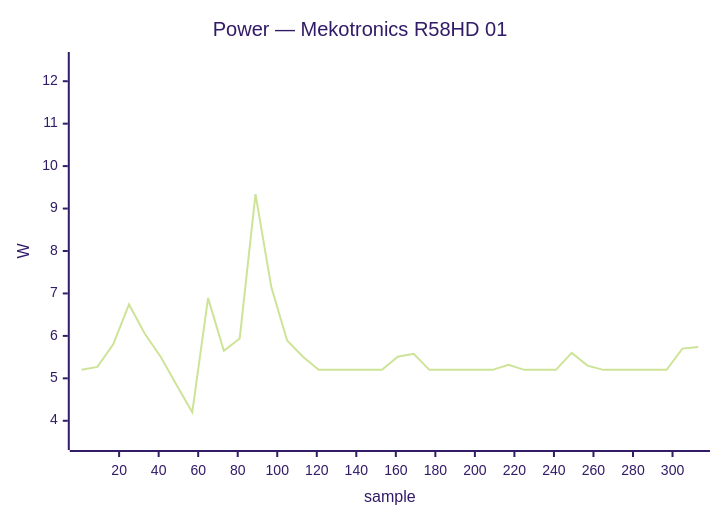
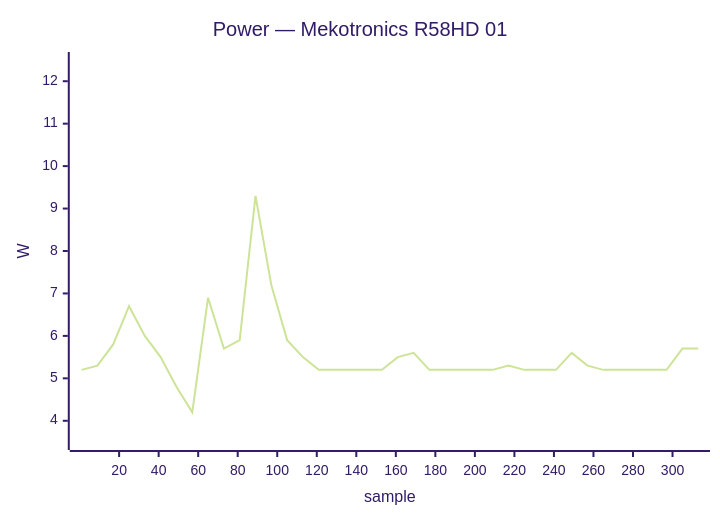
Before and after one commit to armbian/documentation: diagram 14 of 40 in docs/status/board-tests.md, drawn with Mermaid (forest theme). The commit also changed other lines of this file, not shown here.

````diff
--- a/docs/status/board-tests.md
+++ b/docs/status/board-tests.md
@@ -708,7 +731,7 @@
 ```mermaid
 xychart-beta
     title "Power — Mekotronics R58HD 01"
     x-axis "sample" 1 --> 313
     y-axis "W" 3.5 --> 12.5
-    line [5.20, 5.27, 5.80, 6.74, 6.05, 5.51, 4.85, 4.20, 6.89, 5.65, 5.94, 9.34, 7.15, 5.89, 5.51, 5.20, 5.20, 5.20, 5.20, 5.20, 5.51, 5.58, 5.20, 5.20, 5.20, 5.20, 5.20, 5.32, 5.20, 5.20, 5.20, 5.60, 5.30, 5.20, 5.20, 5.20, 5.20, 5.20, 5.70, 5.74]
+    line [5.2, 5.3, 5.8, 6.7, 6.0, 5.5, 4.8, 4.2, 6.9, 5.7, 5.9, 9.3, 7.2, 5.9, 5.5, 5.2, 5.2, 5.2, 5.2, 5.2, 5.5, 5.6, 5.2, 5.2, 5.2, 5.2, 5.2, 5.3, 5.2, 5.2, 5.2, 5.6, 5.3, 5.2, 5.2, 5.2, 5.2, 5.2, 5.7, 5.7]
 ```
````
